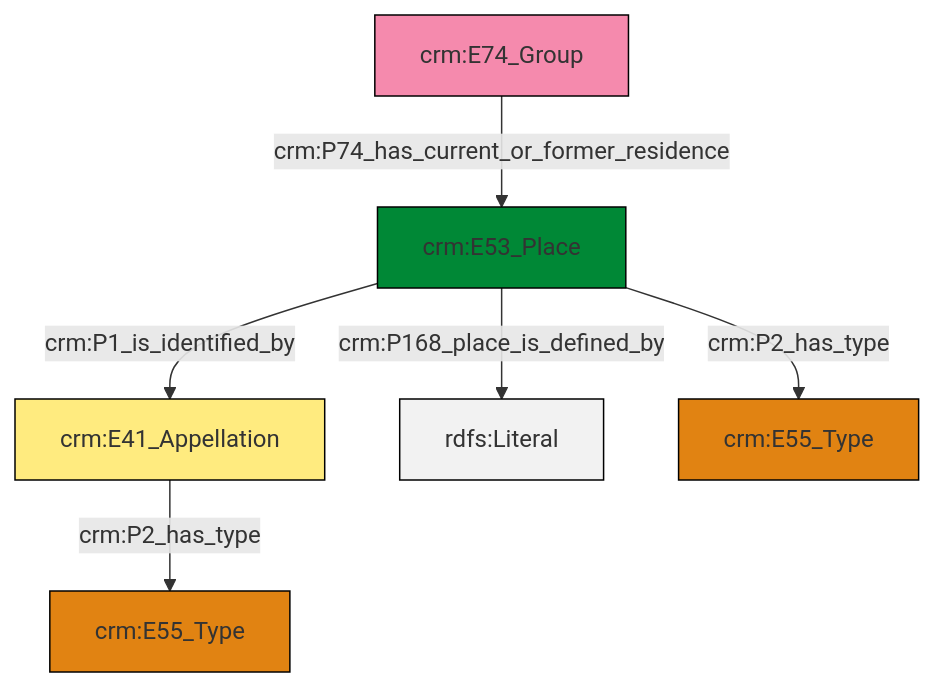
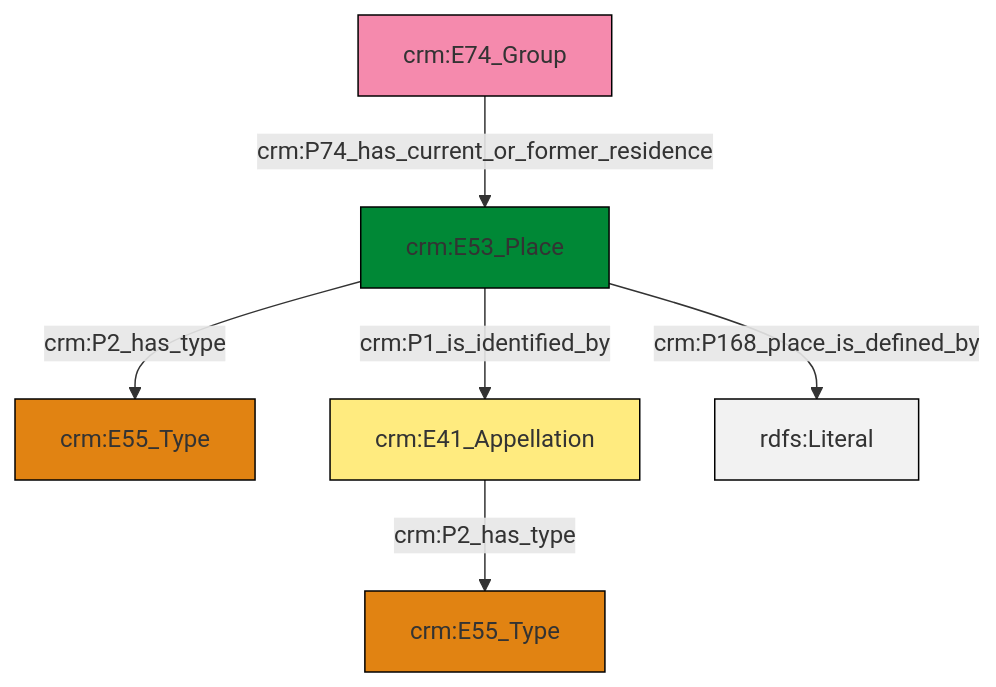
One commit to swiss-art-research-net/reference-data-models changed the diagram in et/groupCSV/ttl/mmd/group_location.ttl.mmd. Above: the diagram before and after it, drawn with Mermaid. The commit also changed 125 other files, not shown here.

```diff
--- a/et/groupCSV/ttl/mmd/group_location.ttl.mmd
+++ b/et/groupCSV/ttl/mmd/group_location.ttl.mmd
@@ -1,20 +1,20 @@
 graph TD
 classDef Literal fill:#f2f2f2,stroke:#000000;
 classDef CRM_Entity fill:#FFFFFF,stroke:#000000;
 classDef Temporal_Entity fill:#00C9E6, stroke:#000000;
 classDef Type fill:#E18312, stroke:#000000;
 classDef Time-Span fill:#2C9C91, stroke:#000000;
 classDef Appellation fill:#FFEB7F, stroke:#000000;
 classDef Place fill:#008836, stroke:#000000;
 classDef Persistent_Item fill:#B266B2, stroke:#000000;
 classDef Conceptual_Object fill:#FFD700, stroke:#000000;
 classDef Physical_Thing fill:#D2B48C, stroke:#000000;
 classDef Actor fill:#f58aad, stroke:#000000;
 classDef PC_Classes fill:#4ce600, stroke:#000000;
 classDef Multi fill:#cccccc,stroke:#000000;
 
-0["crm:E41_Appellation"]:::Appellation -->|crm:P2_has_type| 2["crm:E55_Type"]:::Type
-3["crm:E53_Place"]:::Place -->|crm:P168_place_is_defined_by| 4[rdfs:Literal]:::Literal
-6["crm:E74_Group"]:::Actor -->|crm:P74_has_current_or_former_residence| 3["crm:E53_Place"]:::Place
-3["crm:E53_Place"]:::Place -->|crm:P2_has_type| 8["crm:E55_Type"]:::Type
-3["crm:E53_Place"]:::Place -->|crm:P1_is_identified_by| 0["crm:E41_Appellation"]:::Appellation
+2["crm:E53_Place"]:::Place -->|crm:P2_has_type| 3["crm:E55_Type"]:::Type
+6["crm:E74_Group"]:::Actor -->|crm:P74_has_current_or_former_residence| 2["crm:E53_Place"]:::Place
+4["crm:E41_Appellation"]:::Appellation -->|crm:P2_has_type| 0["crm:E55_Type"]:::Type
+2["crm:E53_Place"]:::Place -->|crm:P1_is_identified_by| 4["crm:E41_Appellation"]:::Appellation
+2["crm:E53_Place"]:::Place -->|crm:P168_place_is_defined_by| 11[rdfs:Literal]:::Literal
```
